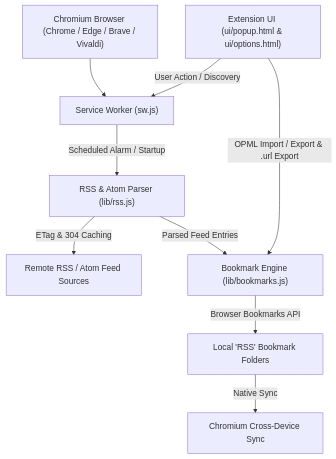
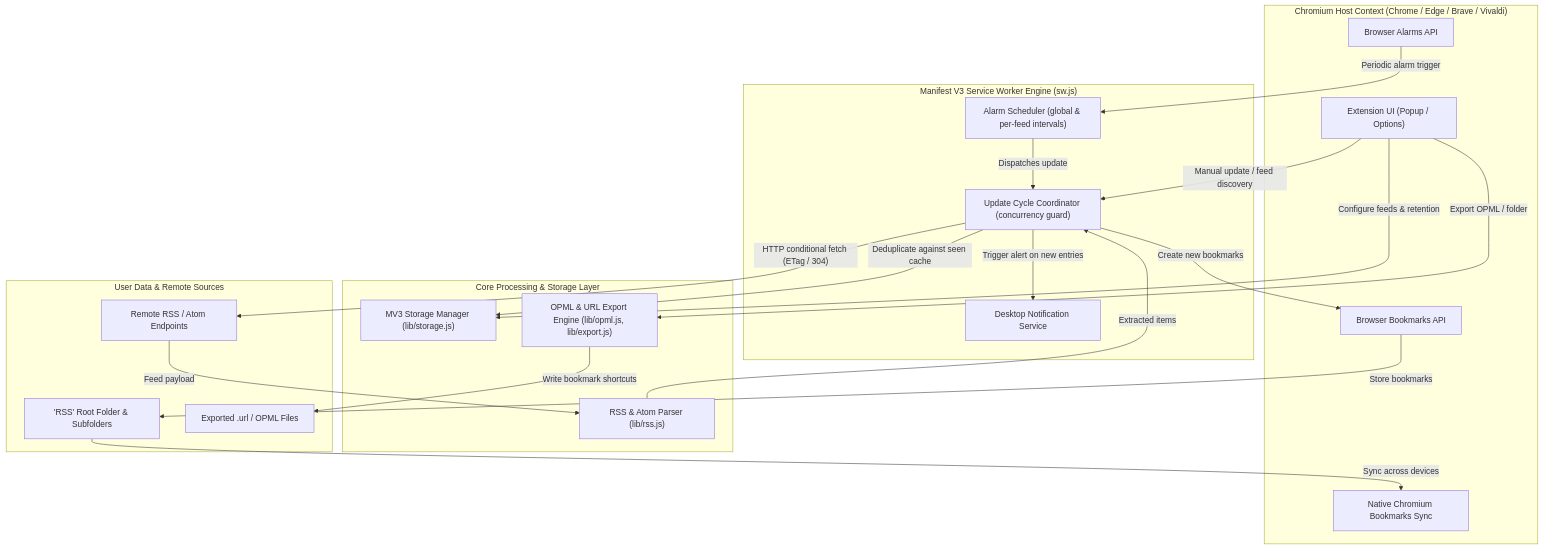
The first of 2 diagrams in README.md (file-bricks/RSS-BOOK), drawn with Mermaid before and after one commit. The commit also changed other lines of this file and 6 other files, not shown here.

Commit message:
docs(marketing): bilingual discoverability architecture, sequence diagrams, and seo audit

````diff
--- a/README.md
+++ b/README.md
@@ -32,12 +62,42 @@
 ```mermaid
-graph TD
-    A["Chromium Browser (Chrome / Edge / Brave / Vivaldi)"] --> B["Service Worker (sw.js)"]
-    B -->|Scheduled Alarm / Startup| C["RSS & Atom Parser (lib/rss.js)"]
-    C -->|ETag & 304 Caching| D["Remote RSS / Atom Feed Sources"]
-    C -->|Parsed Feed Entries| E["Bookmark Engine (lib/bookmarks.js)"]
-    E -->|Browser Bookmarks API| F["Local 'RSS' Bookmark Folders"]
-    F -->|Native Sync| G["Chromium Cross-Device Sync"]
-    
-    H["Extension UI (ui/popup.html & ui/options.html)"] -->|User Action / Discovery| B
-    H -->|OPML Import / Export & .url Export| E
+flowchart TD
+    subgraph BROWSER["Chromium Host Context (Chrome / Edge / Brave / Vivaldi)"]
+        UI["Extension UI (Popup / Options)"]
+        SYNC["Native Chromium Bookmarks Sync"]
+        BM_API["Browser Bookmarks API"]
+        ALARM["Browser Alarms API"]
+    end
+
+    subgraph SW["Manifest V3 Service Worker Engine (sw.js)"]
+        CYCLE["Update Cycle Coordinator (concurrency guard)"]
+        SCHED["Alarm Scheduler (global & per-feed intervals)"]
+        NOTIF["Desktop Notification Service"]
+    end
+
+    subgraph ENGINE["Core Processing & Storage Layer"]
+        PARSER["RSS & Atom Parser (lib/rss.js)"]
+        STORAGE["MV3 Storage Manager (lib/storage.js)"]
+        OPML["OPML & URL Export Engine (lib/opml.js, lib/export.js)"]
+    end
+
+    subgraph LOCAL["User Data & Remote Sources"]
+        FEEDS["Remote RSS / Atom Endpoints"]
+        BOOKMARKS["'RSS' Root Folder & Subfolders"]
+        EXPORT_FILES["Exported .url / OPML Files"]
+    end
+
+    ALARM -->|"Periodic alarm trigger"| SCHED
+    SCHED -->|"Dispatches update"| CYCLE
+    UI -->|"Manual update / feed discovery"| CYCLE
+    UI -->|"Configure feeds & retention"| STORAGE
+    UI -->|"Export OPML / folder"| OPML
+    CYCLE -->|"HTTP conditional fetch (ETag / 304)"| FEEDS
+    FEEDS -->|"Feed payload"| PARSER
+    PARSER -->|"Extracted items"| CYCLE
+    CYCLE -->|"Deduplicate against seen cache"| STORAGE
+    CYCLE -->|"Create new bookmarks"| BM_API
+    BM_API -->|"Store bookmarks"| BOOKMARKS
+    BOOKMARKS -->|"Sync across devices"| SYNC
+    CYCLE -->|"Trigger alert on new entries"| NOTIF
+    OPML -->|"Write bookmark shortcuts"| EXPORT_FILES
 ```
````
